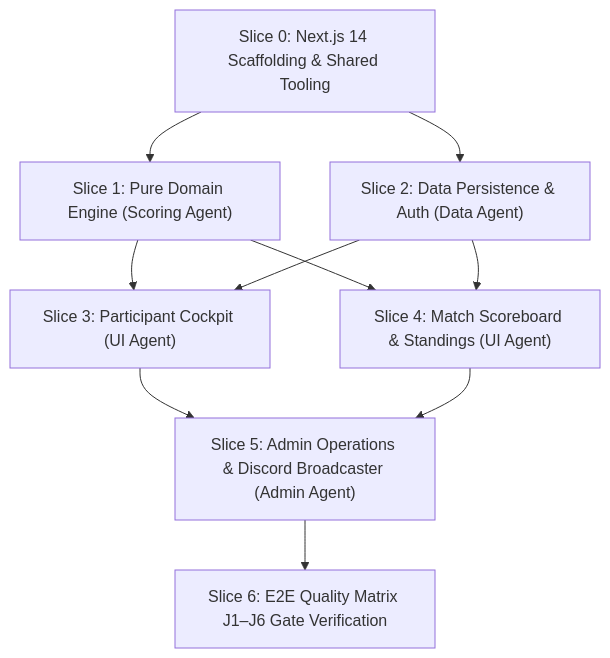
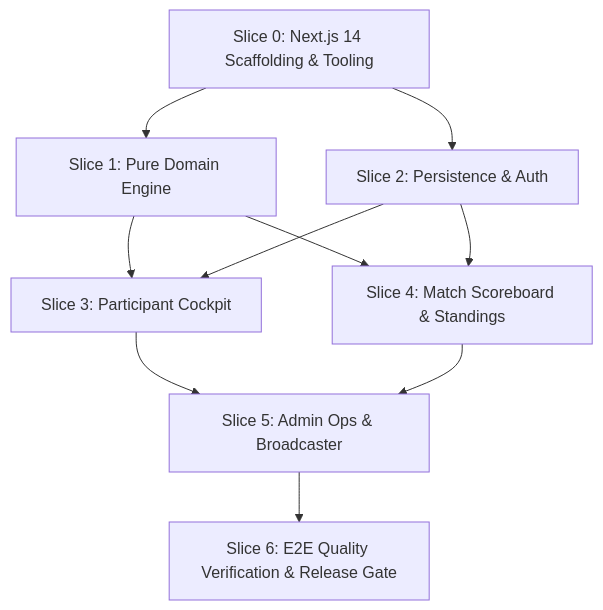
Before and after one commit to Afnanpathan2004/holdmetoit: the diagram in HANDOFF.md, drawn with Mermaid. The commit also changed other lines of this file and 34 other files, not shown here.

Commit message:
feat(admin): implement challenge creator, kickoff/lock triggers, hours override, and discord broadcaster (Slice 5)

````diff
--- a/HANDOFF.md
+++ b/HANDOFF.md
@@ -83,11 +83,11 @@
 ```mermaid
 graph TD
-    S0["Slice 0: Next.js 14 Scaffolding & Shared Tooling"] --> S1["Slice 1: Pure Domain Engine (Scoring Agent)"]
-    S0 --> S2["Slice 2: Data Persistence & Auth (Data Agent)"]
-    S1 --> S3["Slice 3: Participant Cockpit (UI Agent)"]
+    S0["Slice 0: Next.js 14 Scaffolding & Tooling"] --> S1["Slice 1: Pure Domain Engine"]
+    S0 --> S2["Slice 2: Persistence & Auth"]
+    S1 --> S3["Slice 3: Participant Cockpit"]
     S2 --> S3
-    S1 --> S4["Slice 4: Match Scoreboard & Standings (UI Agent)"]
+    S1 --> S4["Slice 4: Match Scoreboard & Standings"]
     S2 --> S4
-    S3 & S4 --> S5["Slice 5: Admin Operations & Discord Broadcaster (Admin Agent)"]
-    S5 --> S6["Slice 6: E2E Quality Matrix J1–J6 Gate Verification"]
+    S3 & S4 --> S5["Slice 5: Admin Ops & Broadcaster"]
+    S5 --> S6["Slice 6: E2E Quality Verification & Release Gate"]
 ```
````
